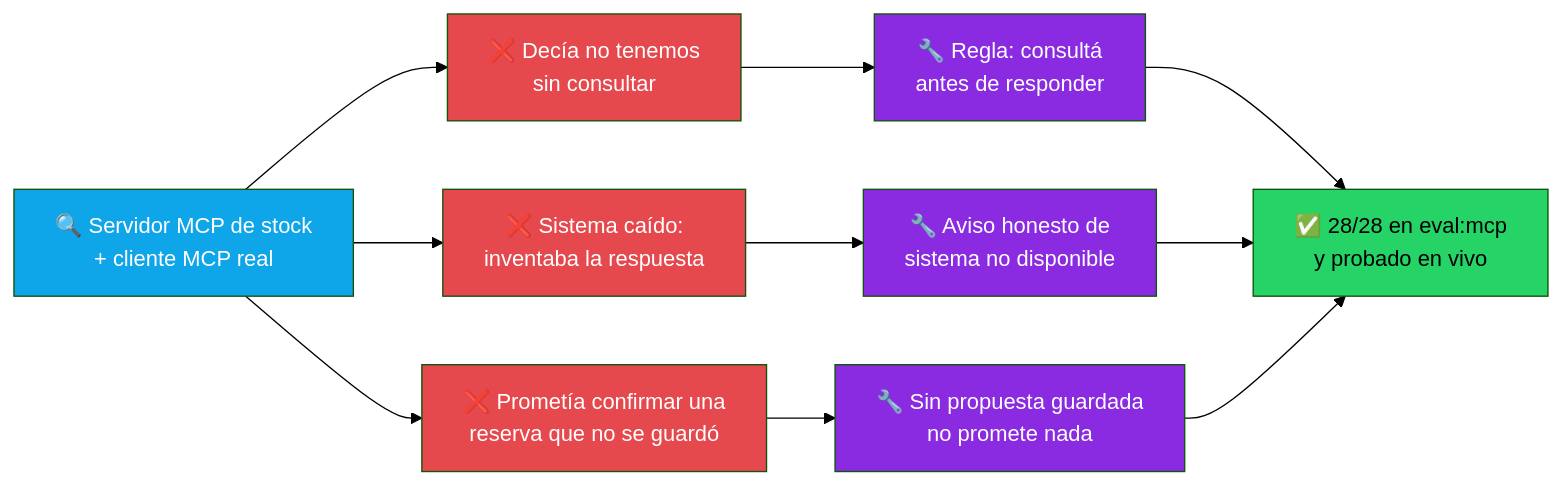
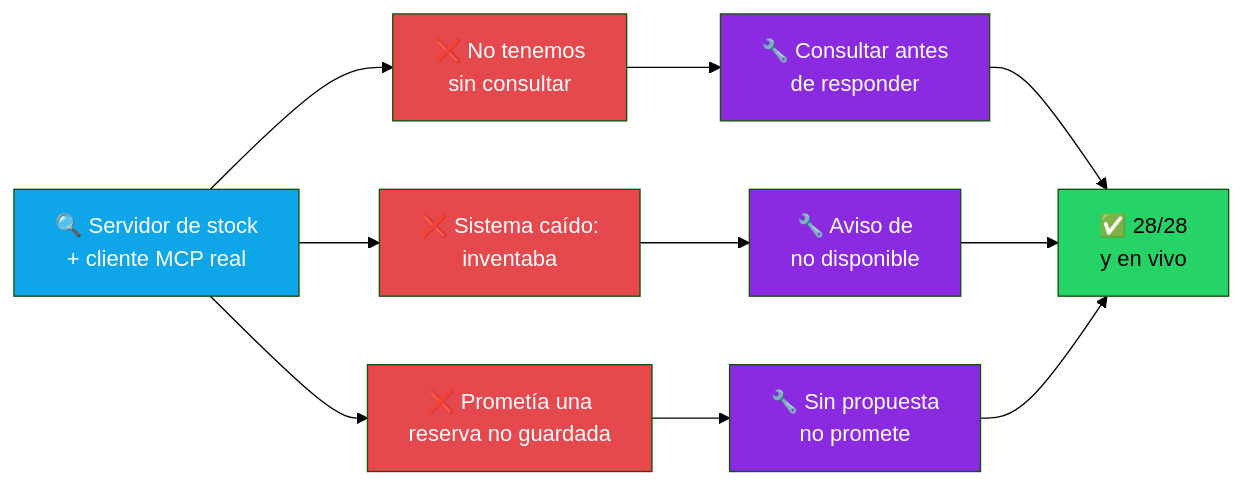
Diagram 15 of 15 in README.md (grancobud/arm-whatsapp), drawn with Mermaid (forest theme) before and after one commit. The commit also changed other lines of this file, not shown here.

Commit message:
docs: diagramas de auditoría más compactos (entran en pantallas angostas)

````diff
--- a/README.md
+++ b/README.md
@@ -411,19 +380,14 @@
 ```mermaid
 flowchart LR
-    P[🔍 Servidor MCP de stock<br/>+ cliente MCP real] --> F1[❌ Decía no tenemos<br/>sin consultar]
-    P --> F2[❌ Sistema caído:<br/>inventaba la respuesta]
-    P --> F3[❌ Prometía confirmar una<br/>reserva que no se guardó]
-    F1 --> M1[🔧 Regla: consultá<br/>antes de responder]
-    F2 --> M2[🔧 Aviso honesto de<br/>sistema no disponible]
-    F3 --> M3[🔧 Sin propuesta guardada<br/>no promete nada]
-    M1 & M2 & M3 --> R[✅ 28/28 en eval:mcp<br/>y probado en vivo]
-
-    style P fill:#0EA5E9,color:#fff
-    style F1 fill:#E5484D,color:#fff
-    style F2 fill:#E5484D,color:#fff
-    style F3 fill:#E5484D,color:#fff
-    style M1 fill:#8A2BE2,color:#fff
-    style M2 fill:#8A2BE2,color:#fff
-    style M3 fill:#8A2BE2,color:#fff
-    style R fill:#25D366,color:#000
+    P[🔍 Servidor de stock<br/>+ cliente MCP real]:::p --> F1[❌ No tenemos<br/>sin consultar]:::f
+    P --> F2[❌ Sistema caído:<br/>inventaba]:::f
+    P --> F3[❌ Prometía una<br/>reserva no guardada]:::f
+    F1 --> M1[🔧 Consultar antes<br/>de responder]:::m
+    F2 --> M2[🔧 Aviso de<br/>no disponible]:::m
+    F3 --> M3[🔧 Sin propuesta<br/>no promete]:::m
+    M1 & M2 & M3 --> R[✅ 28/28<br/>y en vivo]:::r
+    classDef p fill:#0EA5E9,color:#fff
+    classDef f fill:#E5484D,color:#fff
+    classDef m fill:#8A2BE2,color:#fff
+    classDef r fill:#25D366,color:#000
 ```
````
